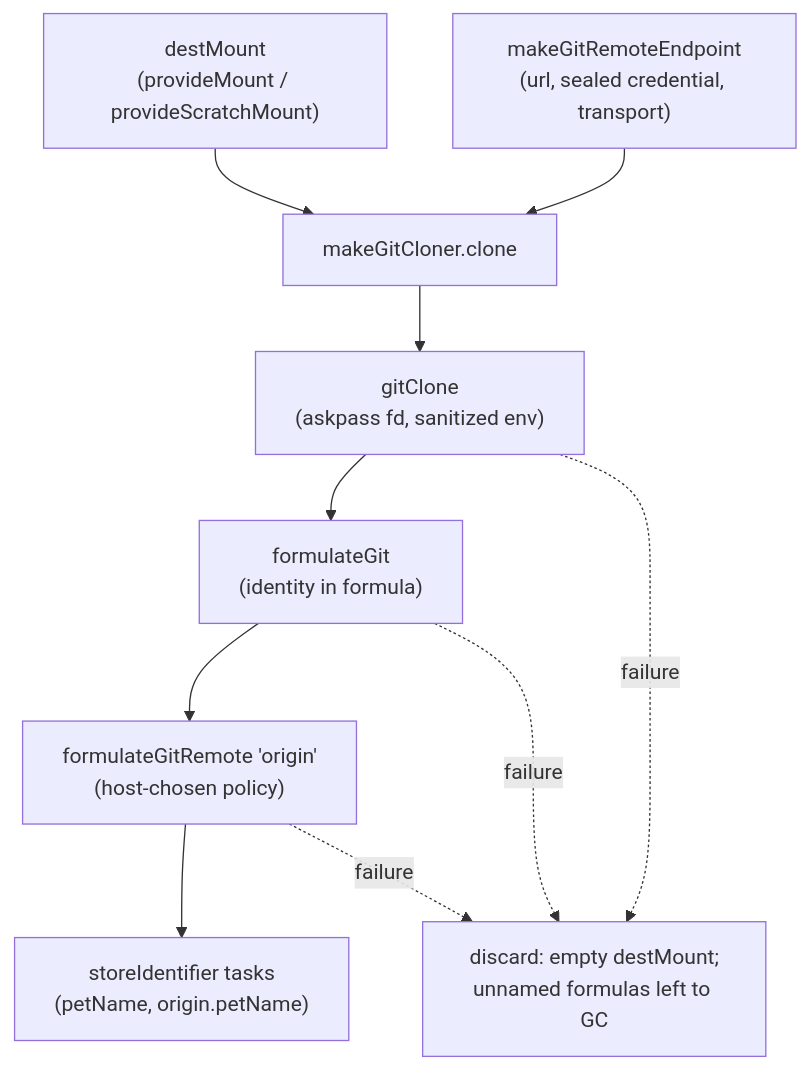
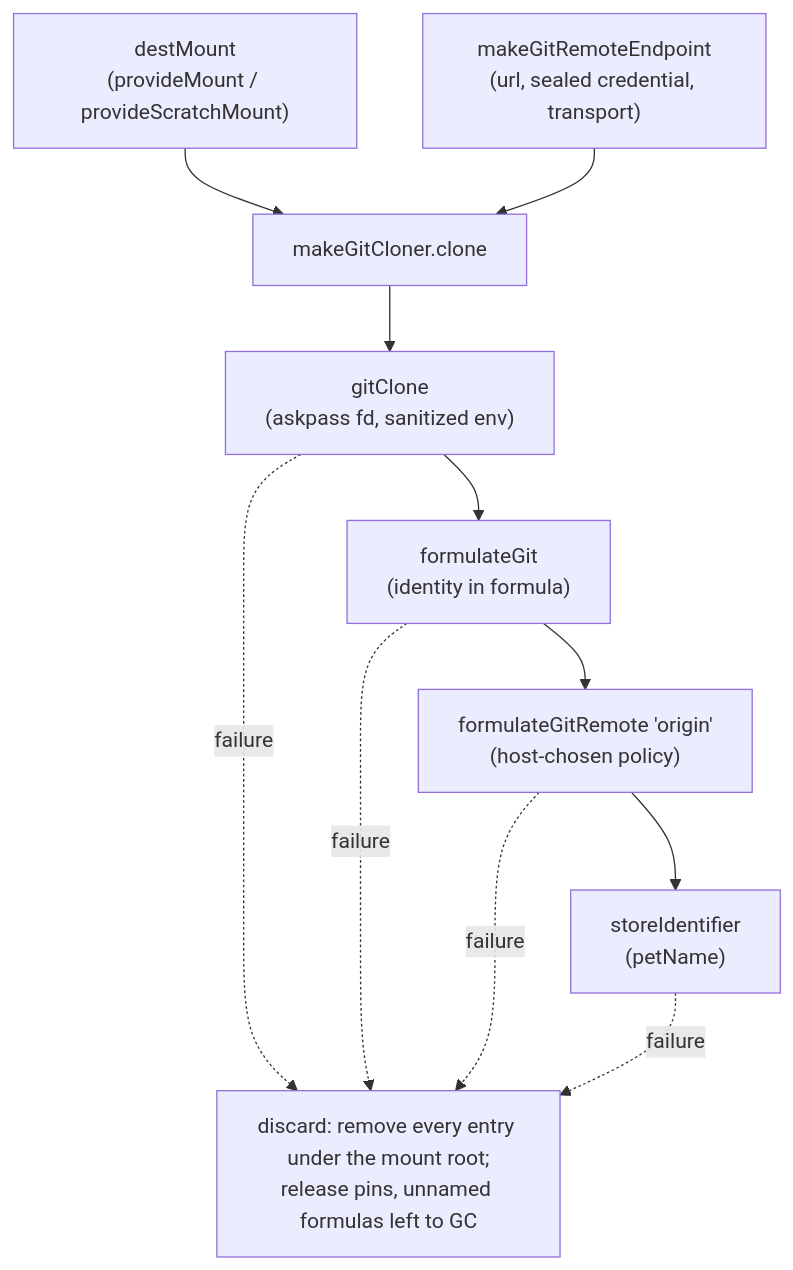
The diagram in designs/daemon-git-clone.md (endojs/endo-but-for-bots), drawn with Mermaid before and after one commit. The commit also changed other lines of this file and 2 other files, not shown here.

````diff
--- a/designs/daemon-git-clone.md
+++ b/designs/daemon-git-clone.md
@@ -103,18 +107,19 @@
 ```mermaid
 flowchart TD
   mount["destMount<br/>(provideMount / provideScratchMount)"]
   endpoint["makeGitRemoteEndpoint<br/>(url, sealed credential, transport)"]
   cloner["makeGitCloner.clone"]
   native["gitClone<br/>(askpass fd, sanitized env)"]
   git["formulateGit<br/>(identity in formula)"]
   origin["formulateGitRemote 'origin'<br/>(host-chosen policy)"]
-  names["storeIdentifier tasks<br/>(petName, origin.petName)"]
-  discard["discard: empty destMount;<br/>unnamed formulas left to GC"]
+  names["storeIdentifier<br/>(petName)"]
+  discard["discard: remove every entry under the mount root;<br/>release pins, unnamed formulas left to GC"]
 
   mount --> cloner
   endpoint --> cloner
   cloner --> native --> git --> origin --> names
   native -. failure .-> discard
   git -. failure .-> discard
   origin -. failure .-> discard
+  names -. failure .-> discard
 ```
````
